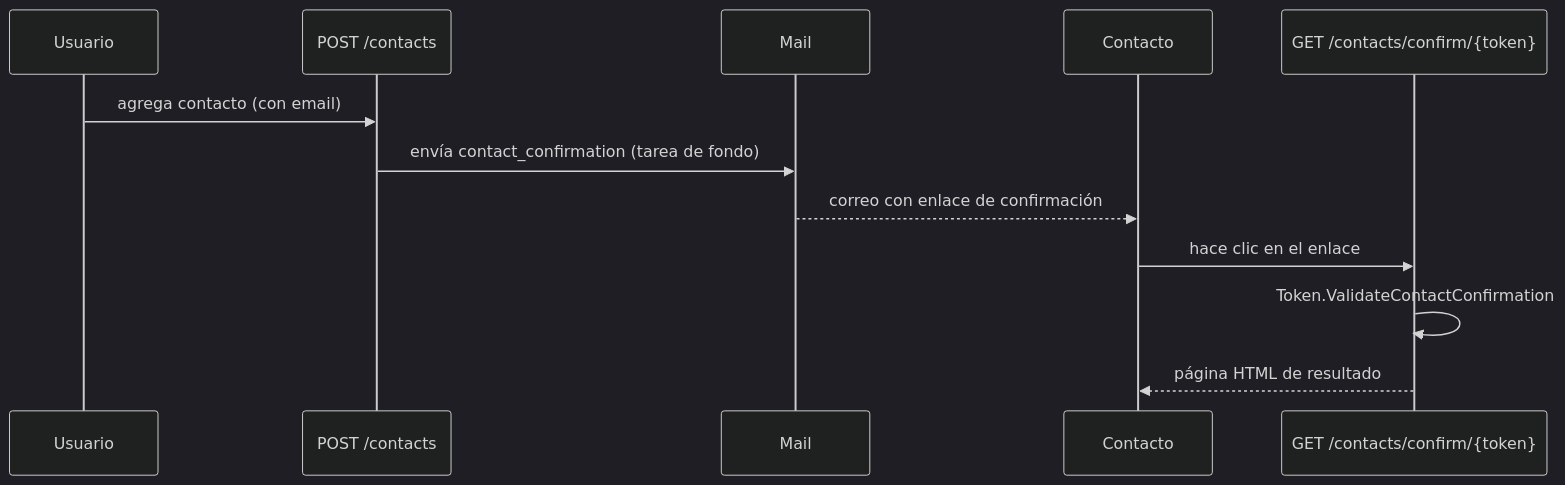
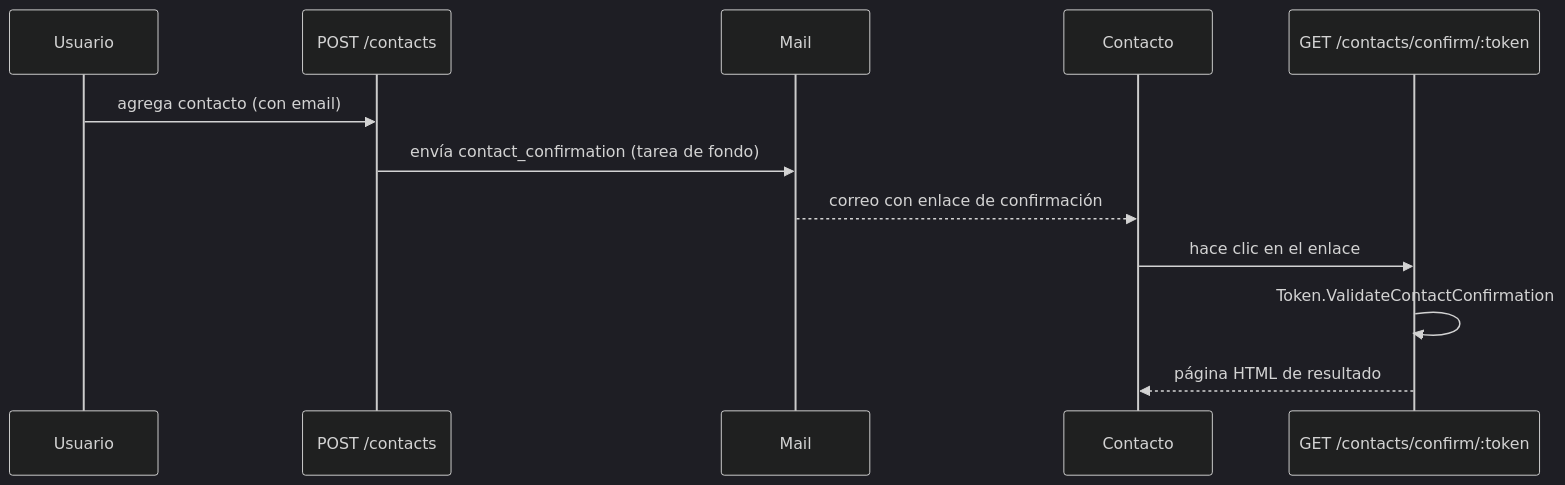
The second of 3 diagrams in docs/es/backend/notifications.md (skellent/iOS-compiler), drawn with Mermaid (dark theme) before and after one commit. The commit also changed other lines of this file and 9 other files, not shown here.

Commit message:
Mermaid Fix

````diff
--- a/docs/es/backend/notifications.md
+++ b/docs/es/backend/notifications.md
@@ -60,15 +60,15 @@
 ```mermaid
 sequenceDiagram
     participant Usuario
     participant API as POST /contacts
     participant Mail
     participant Contacto
-    participant Confirm as GET /contacts/confirm/{token}
+    participant Confirm as GET /contacts/confirm/:token
 
     Usuario->>API: agrega contacto (con email)
     API->>Mail: envía contact_confirmation (tarea de fondo)
     Mail-->>Contacto: correo con enlace de confirmación
     Contacto->>Confirm: hace clic en el enlace
     Confirm->>Confirm: Token.ValidateContactConfirmation
     Confirm-->>Contacto: página HTML de resultado
 ```
````
